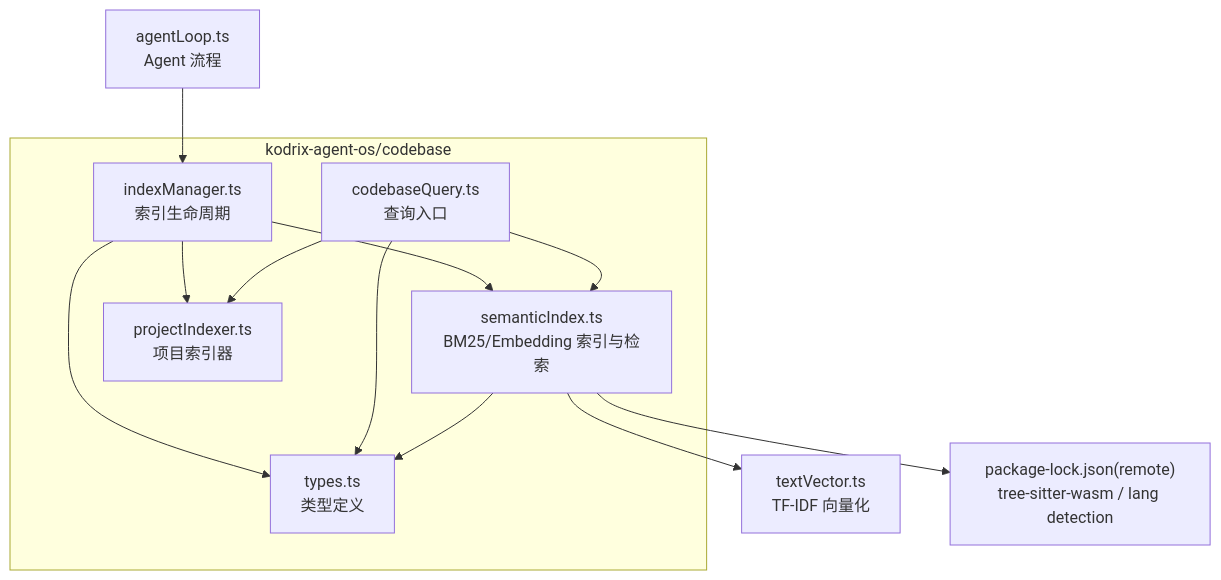
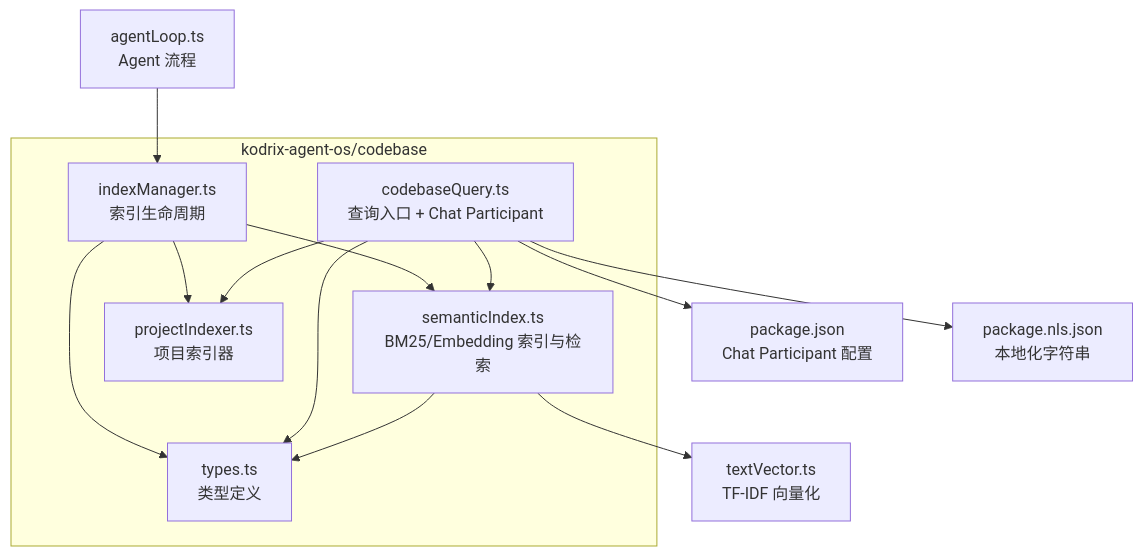
Before and after one commit to sofate798/KodrixCode: the first of 8 diagrams in .qoder/repowiki/zh/content/架构设计/代码库智能架构/语义索引构建.md, drawn with Mermaid. The commit also changed other lines of this file and 6 other files, not shown here.

````diff
--- a/.qoder/repowiki/zh/content/架构设计/代码库智能架构/语义索引构建.md
+++ b/.qoder/repowiki/zh/content/架构设计/代码库智能架构/语义索引构建.md
@@ -59,23 +64,25 @@
 ```mermaid
 graph TB
 subgraph "kodrix-agent-os/codebase"
 T["types.ts<br/>类型定义"]
 SI["semanticIndex.ts<br/>BM25/Embedding 索引与检索"]
-CQ["codebaseQuery.ts<br/>查询入口"]
+CQ["codebaseQuery.ts<br/>查询入口 + Chat Participant"]
 IM["indexManager.ts<br/>索引生命周期"]
 PI["projectIndexer.ts<br/>项目索引器"]
 end
 U["textVector.ts<br/>TF-IDF 向量化"]
 AL["agentLoop.ts<br/>Agent 流程"]
-PL["package-lock.json(remote)<br/>tree-sitter-wasm / lang detection"]
+PKG["package.json<br/>Chat Participant 配置"]
+NLS["package.nls.json<br/>本地化字符串"]
 AL --> IM
 IM --> T
 IM --> SI
 IM --> PI
 CQ --> T
 CQ --> SI
 CQ --> PI
+CQ --> PKG
+CQ --> NLS
 SI --> T
 SI --> U
-SI --> PL
 ```
````
